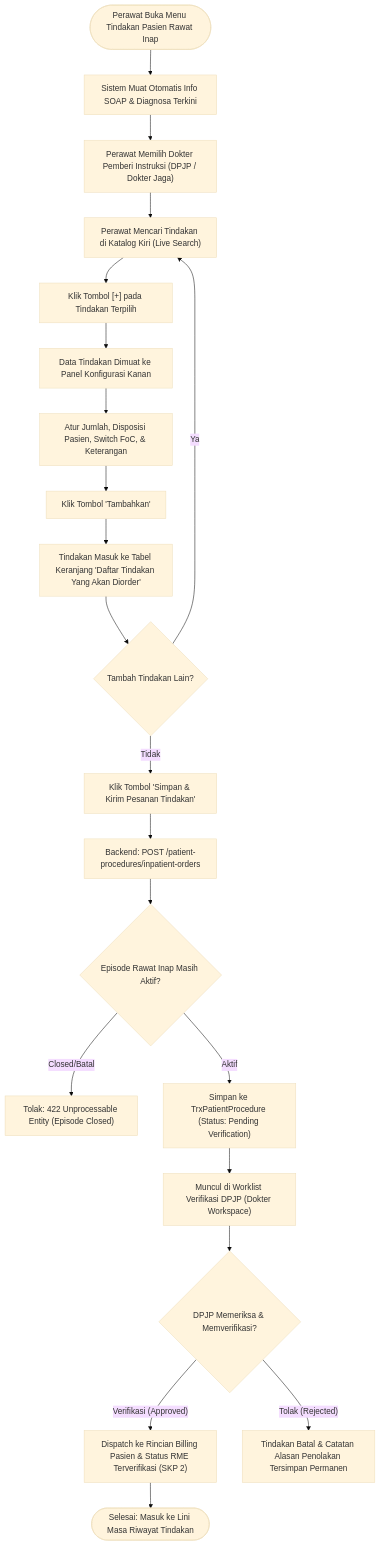
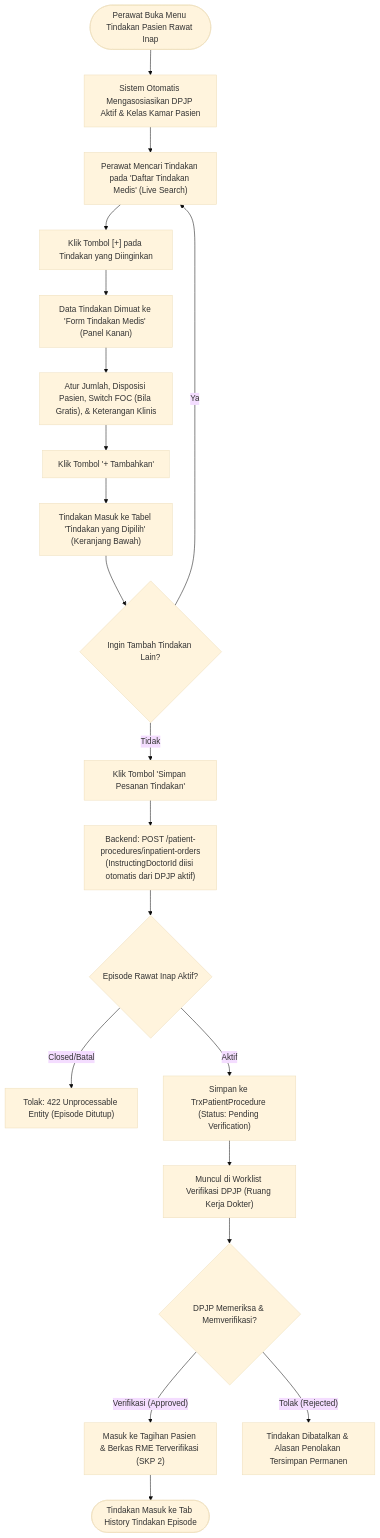
The diagram in docs/module-blueprints/rawat-inap/keperawatan/roadmap/rencana-kerja/tindakan/tindakan-keperawatan.md (DevBenari/NewQuilvianSystemBackend), drawn with Mermaid (base theme) before and after one commit. The commit also changed other lines of this file and 18 other files, not shown here.

Commit message:
feat: add comprehensive documentation for the Obat & Alat Kesehatan module in Rawat Inap, including UI/UX specifications, business process flows, and API endpoints

````diff
--- a/docs/module-blueprints/rawat-inap/keperawatan/roadmap/rencana-kerja/tindakan/tindakan-keperawatan.md
+++ b/docs/module-blueprints/rawat-inap/keperawatan/roadmap/rencana-kerja/tindakan/tindakan-keperawatan.md
@@ -40,28 +40,27 @@
 ```mermaid
 flowchart TD
-    Start(["Perawat Buka Menu Tindakan Pasien Rawat Inap"]) --> SOAP["Sistem Muat Otomatis Info SOAP & Diagnosa Terkini"]
-    SOAP --> SelectDoc["Perawat Memilih Dokter Pemberi Instruksi (DPJP / Dokter Jaga)"]
-    SelectDoc --> SearchCat["Perawat Mencari Tindakan di Katalog Kiri (Live Search)"]
-    SearchCat --> ClickPlus["Klik Tombol [+] pada Tindakan Terpilih"]
-    ClickPlus --> LoadRight["Data Tindakan Dimuat ke Panel Konfigurasi Kanan"]
+    Start(["Perawat Buka Menu Tindakan Pasien Rawat Inap"]) --> AutoContext["Sistem Otomatis Mengasosiasikan DPJP Aktif & Kelas Kamar Pasien"]
+    AutoContext --> SearchCat["Perawat Mencari Tindakan pada 'Daftar Tindakan Medis' (Live Search)"]
+    SearchCat --> ClickPlus["Klik Tombol [+] pada Tindakan yang Diinginkan"]
+    ClickPlus --> LoadRight["Data Tindakan Dimuat ke 'Form Tindakan Medis' (Panel Kanan)"]
     
-    LoadRight --> InputDetail["Atur Jumlah, Disposisi Pasien, Switch FoC, & Keterangan"]
-    InputDetail --> ClickAdd["Klik Tombol 'Tambahkan'"]
-    ClickAdd --> CartStaging["Tindakan Masuk ke Tabel Keranjang 'Daftar Tindakan Yang Akan Diorder'"]
+    LoadRight --> InputDetail["Atur Jumlah, Disposisi Pasien, Switch FOC (Bila Gratis), & Keterangan Klinis"]
+    InputDetail --> ClickAdd["Klik Tombol '+ Tambahkan'"]
+    ClickAdd --> CartStaging["Tindakan Masuk ke Tabel 'Tindakan yang Dipilih' (Keranjang Bawah)"]
     
-    CartStaging --> MoreCheck{"Tambah Tindakan Lain?"}
+    CartStaging --> MoreCheck{"Ingin Tambah Tindakan Lain?"}
     MoreCheck -- Ya --> SearchCat
-    MoreCheck -- Tidak --> SubmitAll["Klik Tombol 'Simpan & Kirim Pesanan Tindakan'"]
+    MoreCheck -- Tidak --> SubmitAll["Klik Tombol 'Simpan Pesanan Tindakan'"]
     
-    SubmitAll --> APIOrder["Backend: POST /patient-procedures/inpatient-orders"]
-    APIOrder --> ValidateClose{"Episode Rawat Inap Masih Aktif?"}
-    ValidateClose -- Closed/Batal --> ErrReject["Tolak: 422 Unprocessable Entity (Episode Closed)"]
+    SubmitAll --> APIOrder["Backend: POST /patient-procedures/inpatient-orders<br/>(InstructingDoctorId diisi otomatis dari DPJP aktif)"]
+    APIOrder --> ValidateClose{"Episode Rawat Inap Aktif?"}
+    ValidateClose -- Closed/Batal --> ErrReject["Tolak: 422 Unprocessable Entity (Episode Ditutup)"]
     ValidateClose -- Aktif --> SaveTrx["Simpan ke TrxPatientProcedure (Status: Pending Verification)"]
     
-    SaveTrx --> DoctorWL["Muncul di Worklist Verifikasi DPJP (Dokter Workspace)"]
+    SaveTrx --> DoctorWL["Muncul di Worklist Verifikasi DPJP (Ruang Kerja Dokter)"]
     DoctorWL --> DPJPVerify{"DPJP Memeriksa & Memverifikasi?"}
-    DPJPVerify -- Verifikasi (Approved) --> DispatchBilling["Dispatch ke Rincian Billing Pasien & Status RME Terverifikasi (SKP 2)"]
-    DPJPVerify -- Tolak (Rejected) --> NoteReject["Tindakan Batal & Catatan Alasan Penolakan Tersimpan Permanen"]
+    DPJPVerify -- Verifikasi (Approved) --> DispatchBilling["Masuk ke Tagihan Pasien & Berkas RME Terverifikasi (SKP 2)"]
+    DPJPVerify -- Tolak (Rejected) --> NoteReject["Tindakan Dibatalkan & Alasan Penolakan Tersimpan Permanen"]
     
-    DispatchBilling --> End(["Selesai: Masuk ke Lini Masa Riwayat Tindakan"])
+    DispatchBilling --> End(["Tindakan Masuk ke Tab History Tindakan Episode"])
 ```
````
